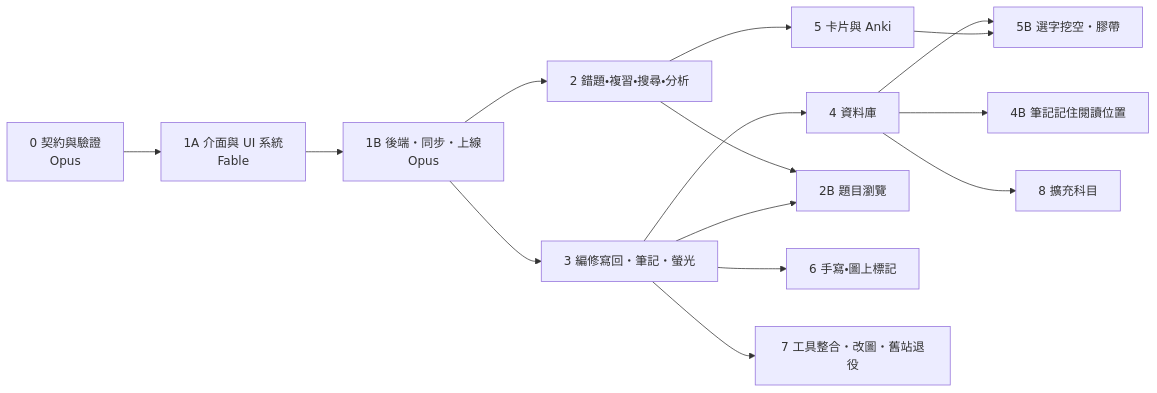
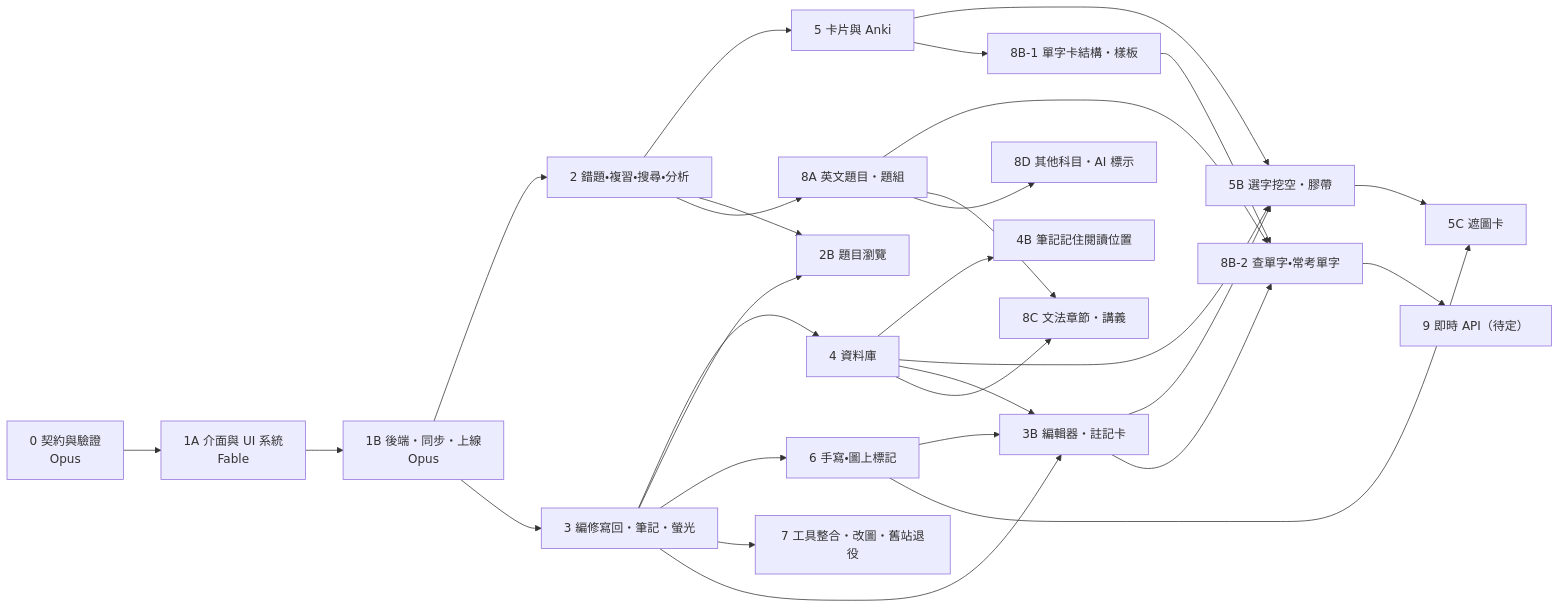
One commit to JimmyinTaipei/postmed-qbank changed the diagram in docs/規劃/03_分階段計畫.md. Above: the diagram before and after it, drawn with Mermaid. The commit also changed other lines of this file and 2 other files, not shown here.

Commit message:
規劃 v5（Fable）：3B 編輯器與註記卡、5B 克漏字定案、5C 遮圖卡、8A–8D 英文、第 9 階段

````diff
--- a/docs/規劃/03_分階段計畫.md
+++ b/docs/規劃/03_分階段計畫.md
@@ -489,17 +730,31 @@
 ```mermaid
 flowchart LR
   P0[0 契約與驗證<br>Opus] --> P1A[1A 介面與 UI 系統<br>Fable]
   P1A --> P1[1B 後端・同步・上線<br>Opus]
   P1 --> P2[2 錯題・複習・搜尋・分析]
   P1 --> P3[3 編修寫回・筆記・螢光]
   P3 --> P4[4 資料庫]
   P2 --> P5[5 卡片與 Anki]
   P2 --> P2B[2B 題目瀏覽]
   P3 --> P2B
   P4 --> P4B[4B 筆記記住閱讀位置]
   P4 --> P5B[5B 選字挖空・膠帶]
   P5 --> P5B
   P3 --> P6[6 手寫・圖上標記]
   P3 --> P7[7 工具整合・改圖・舊站退役]
-  P4 --> P8[8 擴充科目]
+  P3 --> P3B[3B 編輯器・註記卡]
+  P4 --> P3B
+  P6 --> P3B
+  P3B --> P5B
+  P5B --> P5C[5C 遮圖卡]
+  P6 --> P5C
+  P2 --> P8A[8A 英文題目・題組]
+  P5 --> P8B1[8B-1 單字卡結構・樣板]
+  P8A --> P8B2[8B-2 查單字・常考單字]
+  P3B --> P8B2
+  P8B1 --> P8B2
+  P8A --> P8C[8C 文法章節・講義]
+  P4 --> P8C
+  P8A --> P8D[8D 其他科目・AI 標示]
+  P8B2 --> P9[9 即時 API（待定）]
 ```
````
